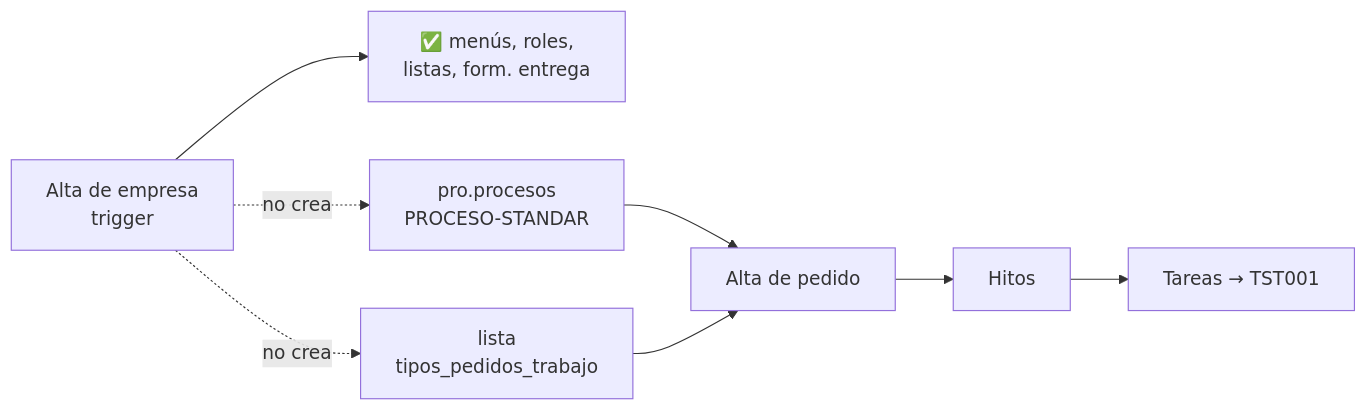
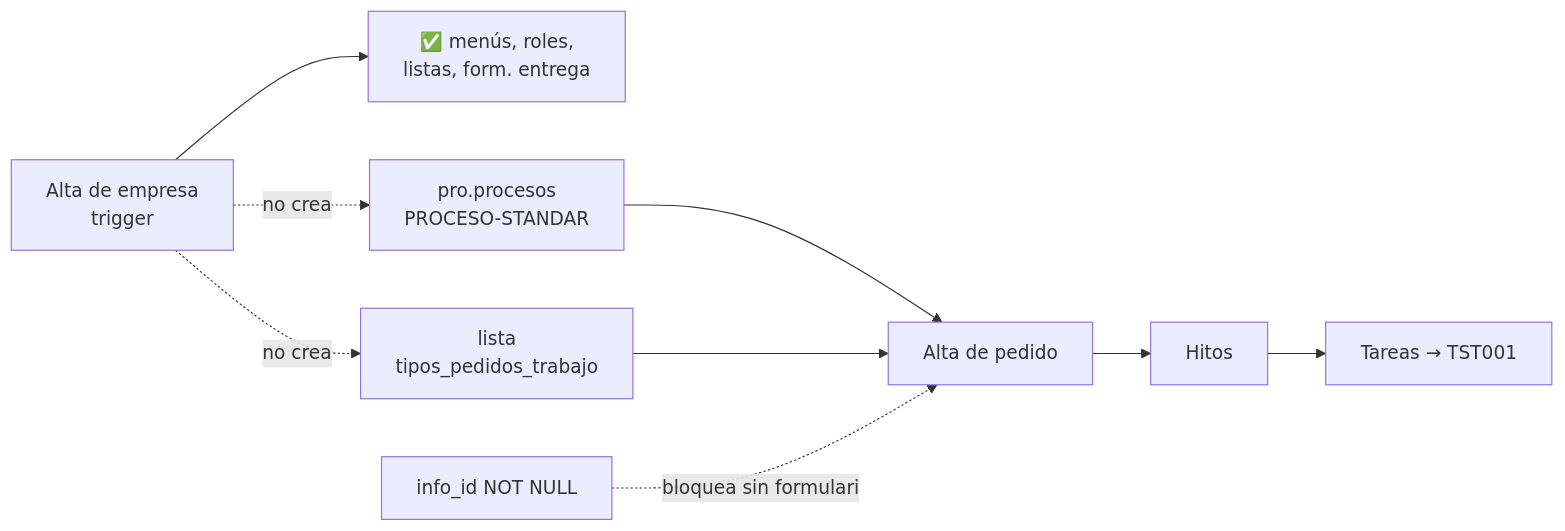
One commit to Trazalog/traz-tools changed the diagram in doc/analisis/impacto-alta-empresa-pedidos-trabajo.md. Above: the diagram before and after it, drawn with Mermaid. The commit also changed other lines of this file, not shown here.

First line of the commit message:
docs(tar): pedido sin formulario y valores por defecto en el alta, sin empresa plantilla [#578]

````diff
--- a/doc/analisis/impacto-alta-empresa-pedidos-trabajo.md
+++ b/doc/analisis/impacto-alta-empresa-pedidos-trabajo.md
@@ -34,9 +37,10 @@
 ```mermaid
 flowchart LR
     A[Alta de empresa<br/>trigger] --> B[✅ menús, roles,<br/>listas, form. entrega]
     A -.no crea.-> C[pro.procesos<br/>PROCESO-STANDAR]
     A -.no crea.-> D[lista<br/>tipos_pedidos_trabajo]
     C --> E[Alta de pedido]
     D --> E
-    E --> F[Hitos] --> G[Tareas → TST001]
+    F[info_id NOT NULL] -.bloquea sin formulario.-> E
+    E --> G[Hitos] --> H[Tareas → TST001]
 ```
````
